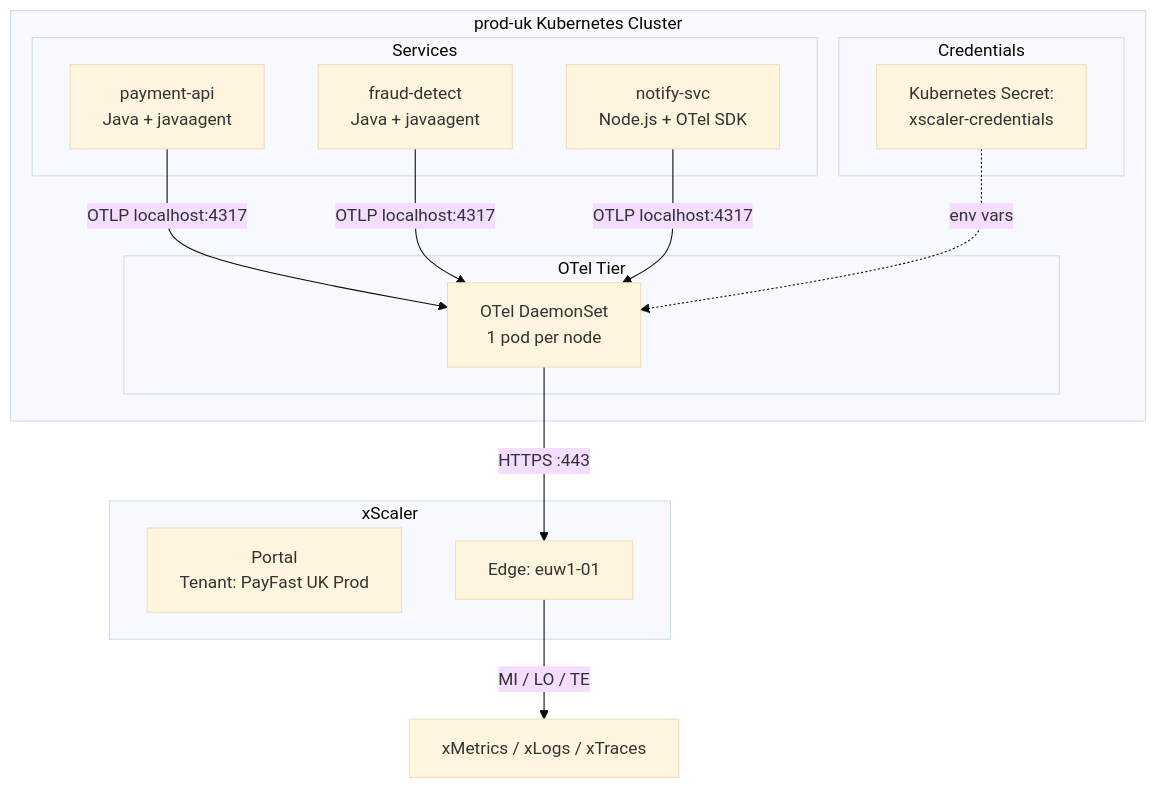
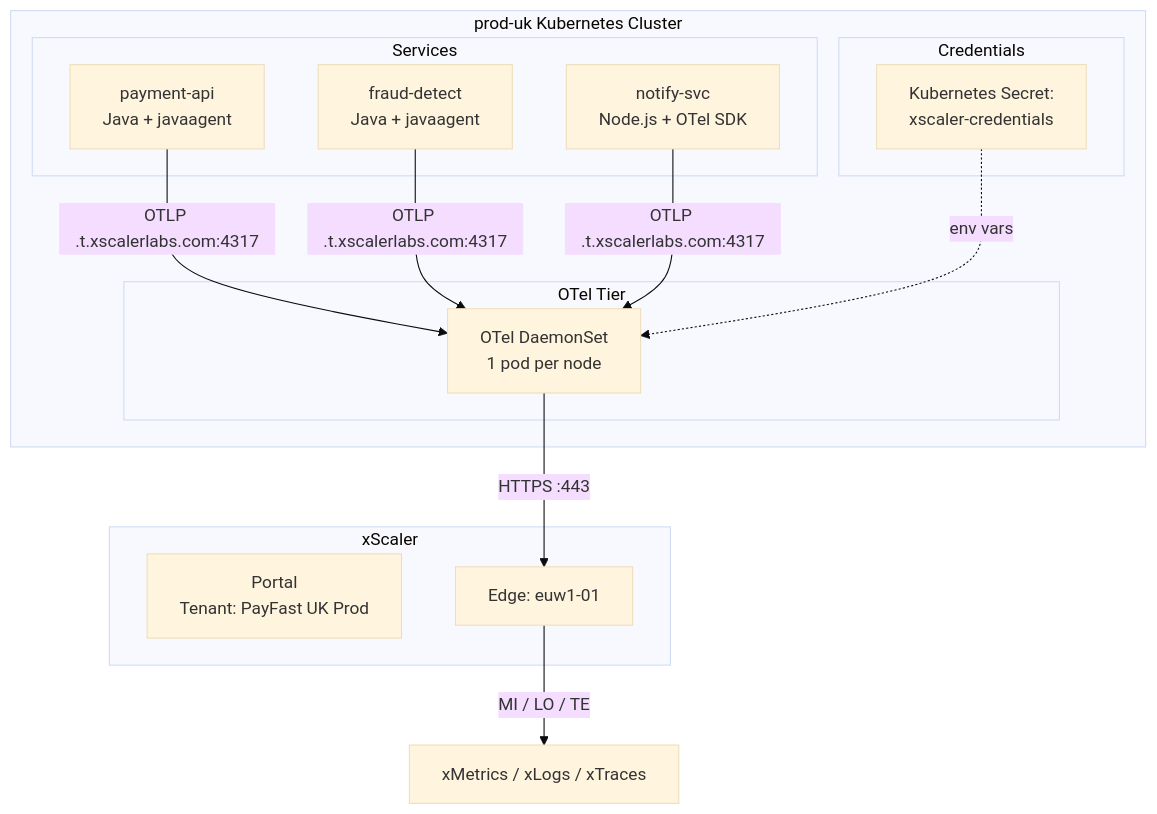
Before and after one commit to xscaler/training: the diagram in docs/session-3/customer-workshop.md, drawn with Mermaid (base theme). The commit also changed 23 other files, not shown here.

````diff
--- a/docs/session-3/customer-workshop.md
+++ b/docs/session-3/customer-workshop.md
@@ -115,26 +115,26 @@
 ```mermaid
 graph TB
     subgraph prod-uk["prod-uk Kubernetes Cluster"]
         subgraph Services
             SVC1[payment-api\nJava + javaagent]
             SVC2[fraud-detect\nJava + javaagent]
             SVC3[notify-svc\nNode.js + OTel SDK]
         end
         subgraph "OTel Tier"
             DS[OTel DaemonSet\n1 pod per node]
         end
         subgraph "Credentials"
             K8S[Kubernetes Secret:\nxscaler-credentials]
         end
-        SVC1 & SVC2 & SVC3 -->|OTLP localhost:4317| DS
+        SVC1 & SVC2 & SVC3 -->|OTLP <edge>.t.xscalerlabs.com:4317| DS
         K8S -.->|env vars| DS
     end
 
     subgraph "xScaler"
         PORTAL[Portal\nTenant: PayFast UK Prod]
         EDGE[Edge: euw1-01]
     end
 
     DS -->|HTTPS :443| EDGE
     EDGE -->|MI / LO / TE| BACKENDS[xMetrics / xLogs / xTraces]
 ```
````
